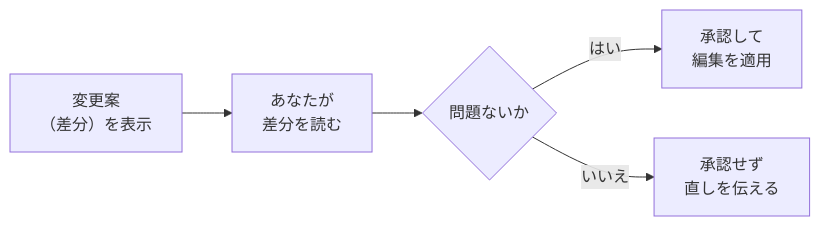
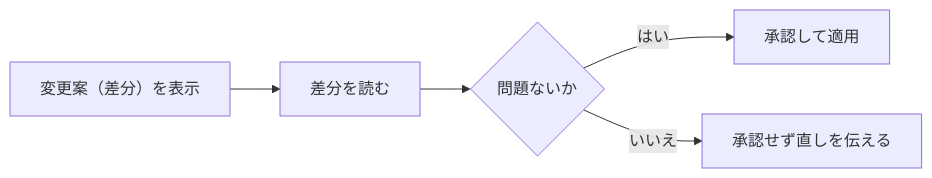
One commit to coachtech-material/pj_X changed the diagram in curriculums/part-03_Claude-Code-基礎/chapter-01_基本操作/3-1-2_ファイル編集と差分の確認.md. Above: the diagram before and after it, drawn with Mermaid. The commit also changed other lines of this file and 36 other files, not shown here.

````diff
--- a/curriculums/part-03_Claude-Code-基礎/chapter-01_基本操作/3-1-2_ファイル編集と差分の確認.md
+++ b/curriculums/part-03_Claude-Code-基礎/chapter-01_基本操作/3-1-2_ファイル編集と差分の確認.md
@@ -85,11 +79,11 @@
 ```mermaid
 flowchart LR
-    A["変更案<br>（差分）を表示"]
-    B["あなたが<br>差分を読む"]
+    A["変更案（差分）を表示"]
+    B["差分を読む"]
     C{"問題ないか"}
-    D["承認して<br>編集を適用"]
-    E["承認せず<br>直しを伝える"]
+    D["承認して適用"]
+    E["承認せず直しを伝える"]
     A --> B --> C
     C -->|はい| D
     C -->|いいえ| E
 ```
````
